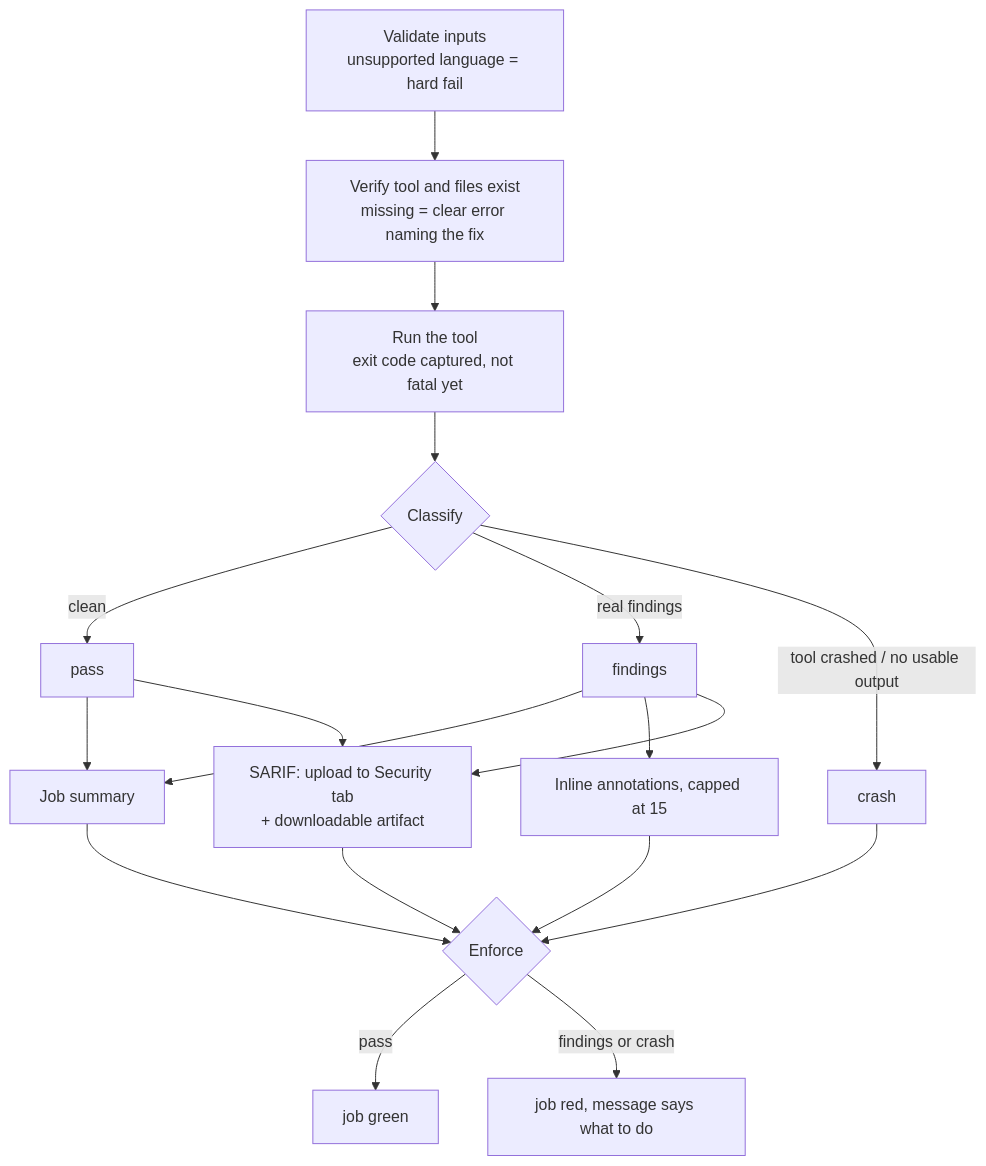
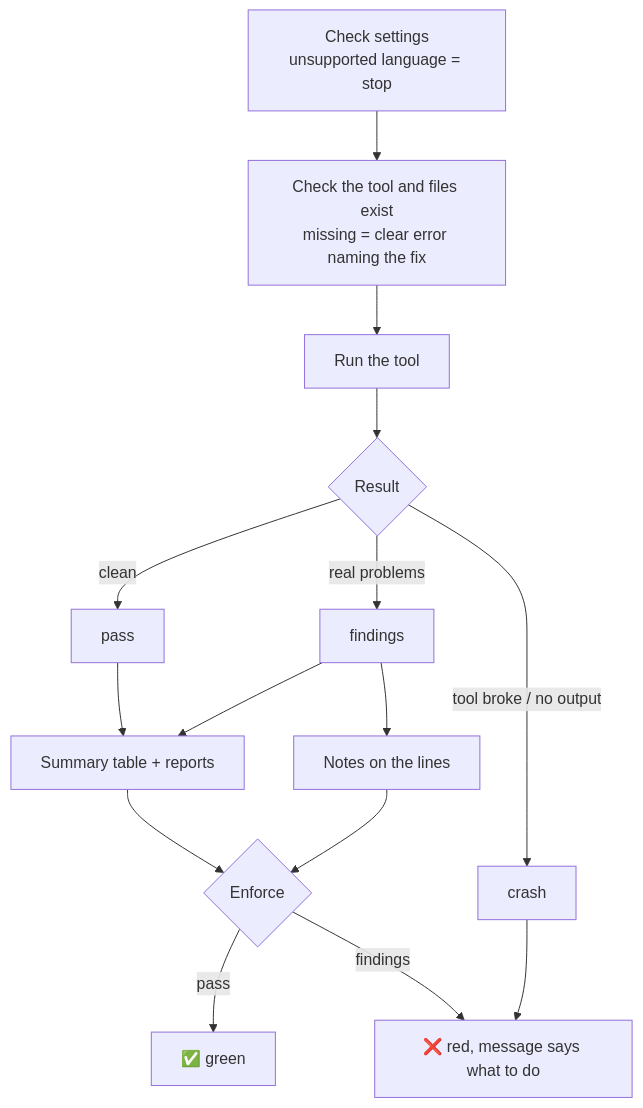
Before and after one commit to DevAnsh-Digital-Solutions/github-action-runner: the third of 3 diagrams in README.md, drawn with Mermaid. The commit also changed other lines of this file and 5 other files, not shown here.

````diff
--- a/README.md
+++ b/README.md
@@ -104,20 +685,17 @@
 ```mermaid
 flowchart TD
-    A["Validate inputs<br/>unsupported language = hard fail"] --> B["Verify tool and files exist<br/>missing = clear error naming the fix"]
-    B --> C["Run the tool<br/>exit code captured, not fatal yet"]
-    C --> D{"Classify"}
+    A["Check settings<br/>unsupported language = stop"] --> B["Check the tool and files exist<br/>missing = clear error naming the fix"]
+    B --> C["Run the tool"]
+    C --> D{"Result"}
     D -- "clean" --> P["pass"]
-    D -- "real findings" --> F["findings"]
-    D -- "tool crashed / no usable output" --> X["crash"]
-    P --> S["Job summary"]
+    D -- "real problems" --> F["findings"]
+    D -- "tool broke / no output" --> X["crash"]
+    P --> S["Summary table + reports"]
     F --> S
-    F --> N["Inline annotations, capped at 15"]
-    F --> U["SARIF: upload to Security tab<br/>+ downloadable artifact"]
-    P --> U
-    X --> E
+    F --> N["Notes on the lines"]
+    X --> FAIL
     S --> E{"Enforce"}
     N --> E
-    U --> E
-    E -- "pass" --> OK["job green"]
-    E -- "findings or crash" --> FAIL["job red, message says what to do"]
+    E -- "pass" --> OK["✅ green"]
+    E -- "findings" --> FAIL["❌ red, message says what to do"]
 ```
````
